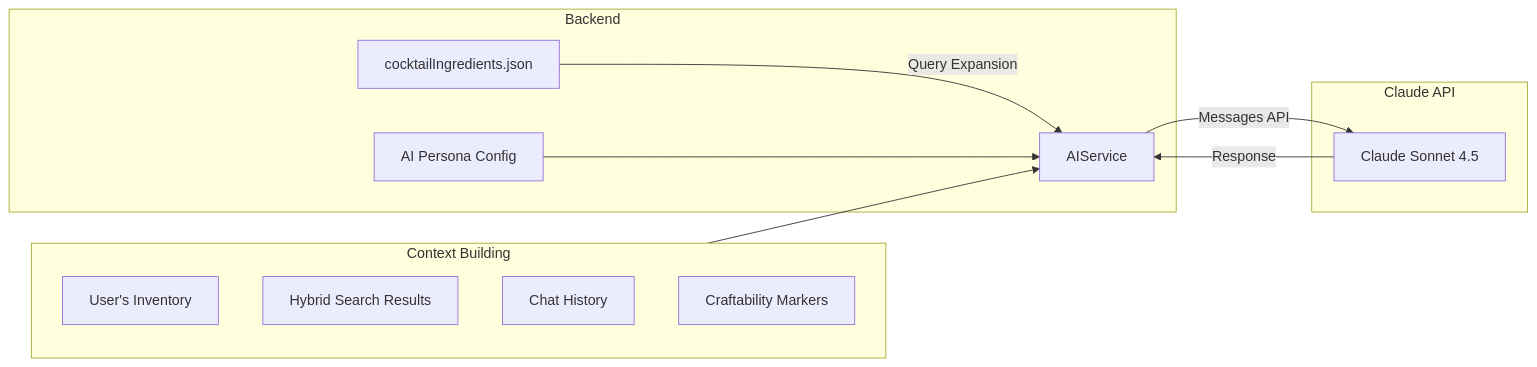
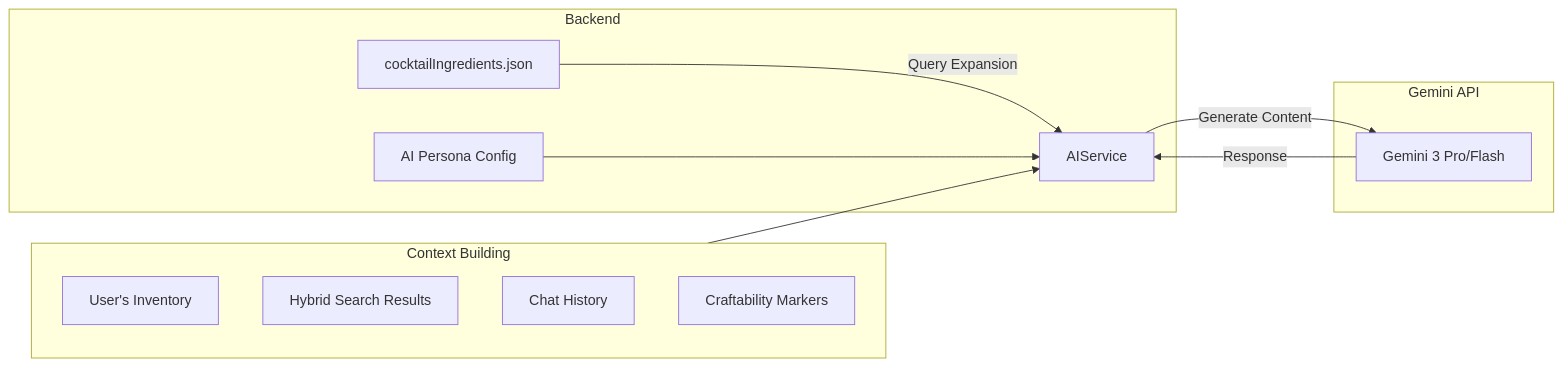
One commit to JLawMcGraw/alchemix changed diagram 11 of 12 in Documentation/ARCHITECTURE.md. Above: the diagram before and after it, drawn with Mermaid. The commit also changed other lines of this file and 24 other files, not shown here.

````diff
--- a/Documentation/ARCHITECTURE.md
+++ b/Documentation/ARCHITECTURE.md
@@ -740,25 +743,25 @@
 ```mermaid
 graph LR
     subgraph Backend
         AIService[AIService]
         Persona[AI Persona Config]
         CocktailData[cocktailIngredients.json]
     end
 
-    subgraph Claude["Claude API"]
-        Sonnet[Claude Sonnet 4.5]
+    subgraph GeminiAPI["Gemini API"]
+        Models[Gemini 3 Pro/Flash]
     end
 
     subgraph Context["Context Building"]
         Inventory[User's Inventory]
         SearchResults[Hybrid Search Results]
         History[Chat History]
         Markers[Craftability Markers]
     end
 
     CocktailData -->|Query Expansion| AIService
     Context --> AIService
     Persona --> AIService
-    AIService -->|Messages API| Sonnet
-    Sonnet -->|Response| AIService
+    AIService -->|Generate Content| Models
+    Models -->|Response| AIService
 ```
````
